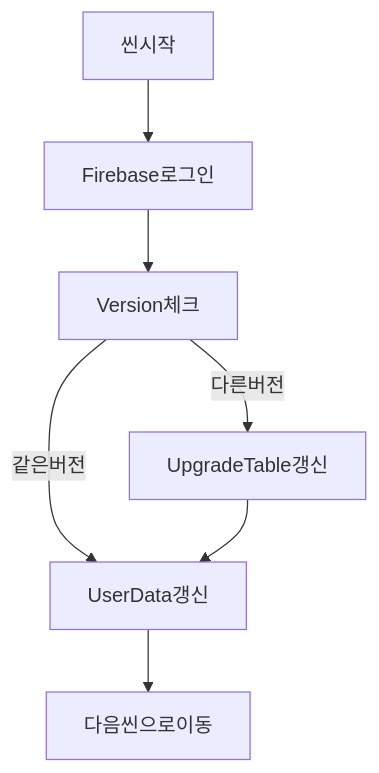
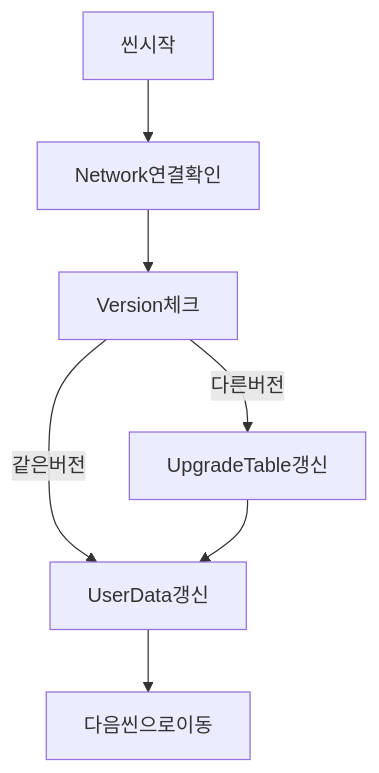
Before and after one commit to HyunWoo-Jo/ProjectHS: the second of 2 diagrams in _Doc/DevelopmentLog_25_6.md, drawn with Mermaid. The commit also changed other lines of this file, not shown here.

````diff
--- a/_Doc/DevelopmentLog_25_6.md
+++ b/_Doc/DevelopmentLog_25_6.md
@@ -117,9 +118,9 @@
 ```mermaid
 flowchart TD
-씬시작 --> Firebase로그인
-Firebase로그인 --> Version체크
+씬시작 --> Network연결확인
+Network연결확인 --> Version체크
 Version체크 --같은버전--> UserData갱신
 Version체크 --다른버전--> UpgradeTable갱신
 UpgradeTable갱신 --> UserData갱신
 UserData갱신 --> 다음씬으로이동
 ```
````
